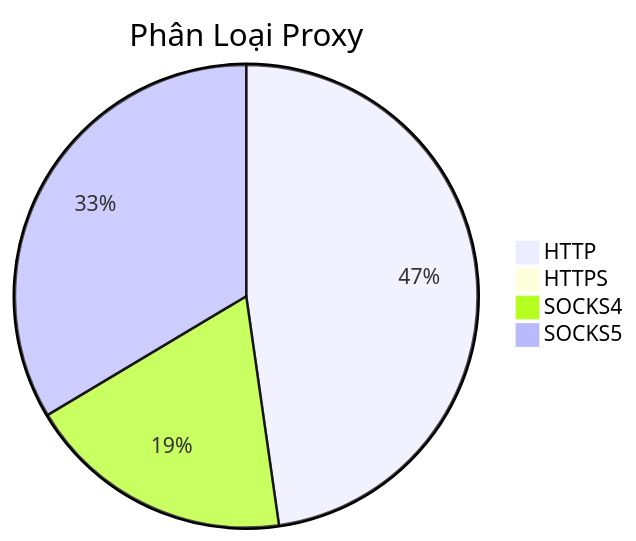
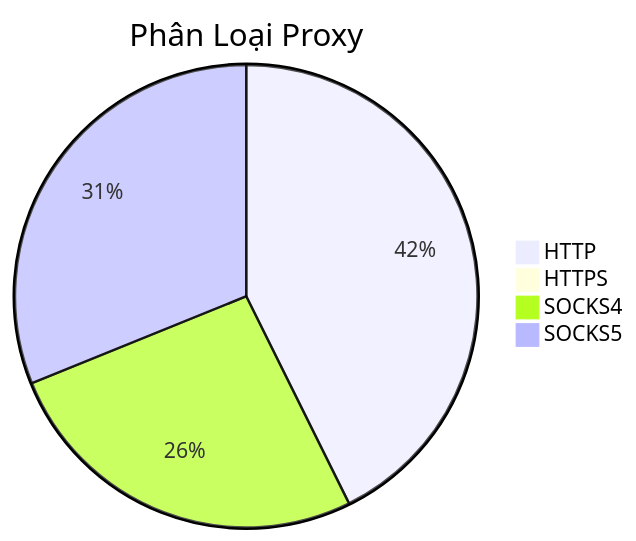
Before and after one commit to Ciara-Aa/PROXY-free: the diagram in README.md, drawn with Mermaid. The commit also changed other lines of this file and 4 other files, not shown here.

````diff
--- a/README.md
+++ b/README.md
@@ -26,7 +26,7 @@
 ```mermaid
 pie title Phân Loại Proxy
-    "HTTP" : 327
+    "HTTP" : 329
     "HTTPS" : 5
-    "SOCKS4" : 128
-    "SOCKS5" : 230
+    "SOCKS4" : 202
+    "SOCKS5" : 240
 ```
````
